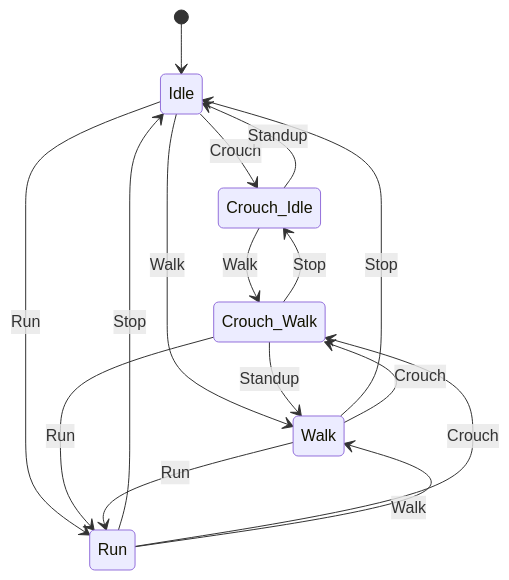
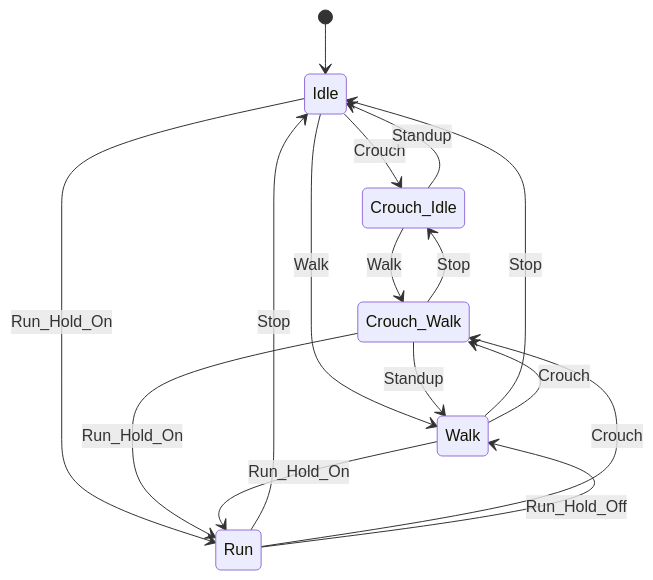
The first of 2 diagrams in FPS/Docs/PlayerCharacterController_AnimationState.md (kedzkiest/FPS), drawn with Mermaid before and after one commit.

Commit message:
Runイベントのありかたを変更

````diff
--- a/FPS/Docs/PlayerCharacterController_AnimationState.md
+++ b/FPS/Docs/PlayerCharacterController_AnimationState.md
@@ -2,23 +2,23 @@
 ```mermaid
 stateDiagram-v2
     [*] --> Idle
 
     Idle --> Crouch_Idle: Crouch
     Idle --> Walk: Walk
-    Idle --> Run: Run
+    Idle --> Run: Run_Hold_On
 
     Crouch_Idle --> Idle: Standup
     Crouch_Idle --> Crouch_Walk: Walk
     
     Crouch_Walk --> Crouch_Idle: Stop
     Crouch_Walk --> Walk: Standup
-    Crouch_Walk --> Run: Run
+    Crouch_Walk --> Run: Run_Hold_On
 
     Walk --> Idle: Stop
     Walk --> Crouch_Walk: Crouch
-    Walk --> Run: Run
+    Walk --> Run: Run_Hold_On
 
     Run --> Idle: Stop
     Run --> Crouch_Walk: Crouch
-    Run --> Walk: Walk
+    Run --> Walk: Run_Hold_Off
 ```
````
